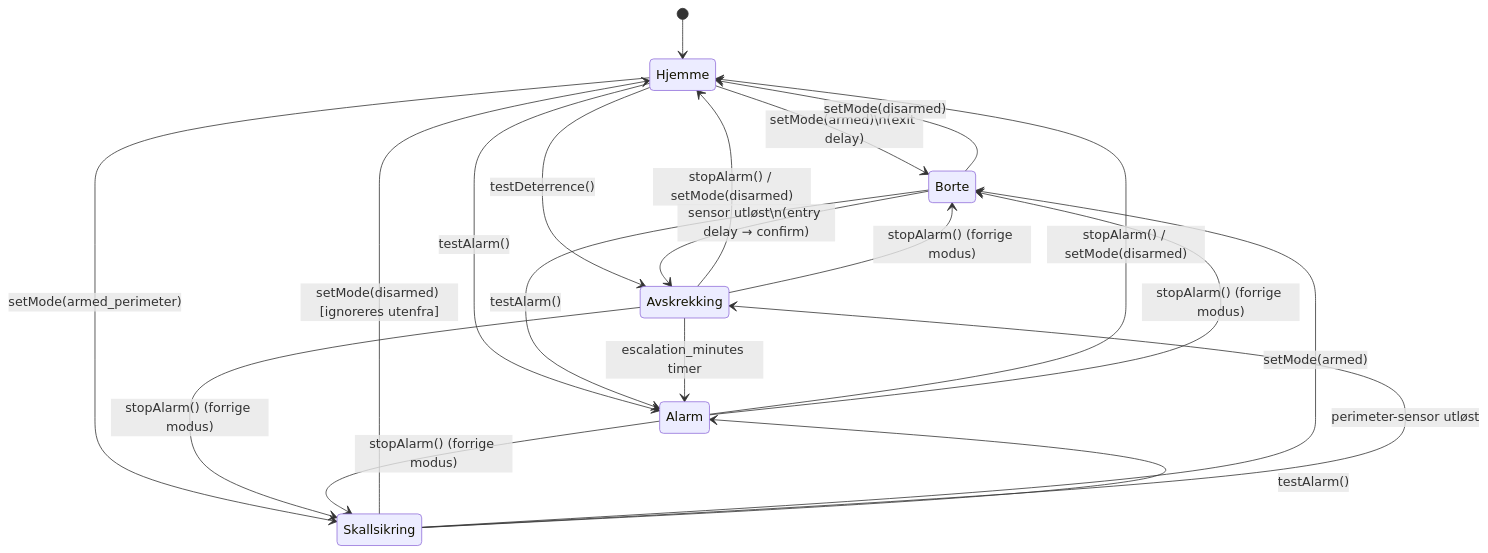
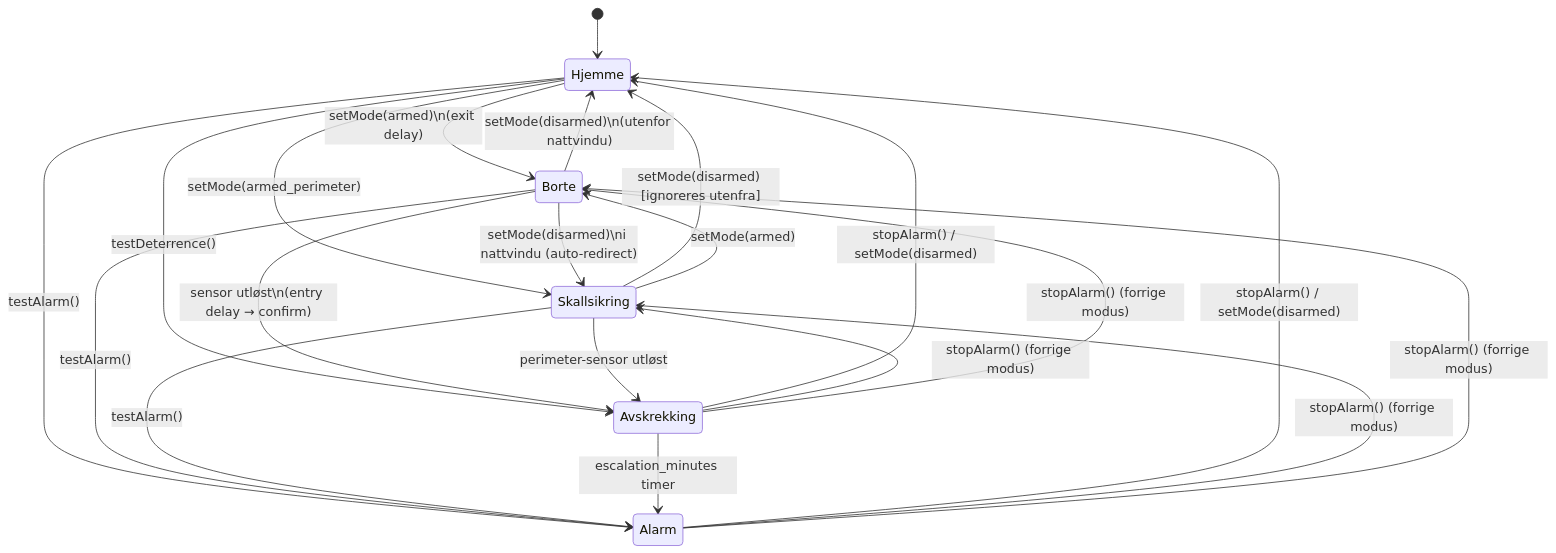
One commit to thomasekdahlN/mcallisteralarm changed the second of 5 diagrams in README.md. Above: the diagram before and after it, drawn with Mermaid. The commit also changed other lines of this file and 4 other files, not shown here.

First line of the commit message:
feat: nattvindu-redirect, sensorsnap, helsesjekk og LightAuthGuard-logging

````diff
--- a/README.md
+++ b/README.md
@@ -98,27 +98,28 @@
 ```mermaid
 stateDiagram-v2
   [*] --> Hjemme
 
   Hjemme --> Borte: setMode(armed)\n(exit delay)
   Hjemme --> Skallsikring: setMode(armed_perimeter)
   Hjemme --> Avskrekking: testDeterrence()
   Hjemme --> Alarm: testAlarm()
 
-  Borte --> Hjemme: setMode(disarmed)
+  Borte --> Hjemme: setMode(disarmed)\n(utenfor nattvindu)
+  Borte --> Skallsikring: setMode(disarmed)\ni nattvindu (auto-redirect)
   Borte --> Avskrekking: sensor utløst\n(entry delay → confirm)
   Borte --> Alarm: testAlarm()
 
   Skallsikring --> Hjemme: setMode(disarmed) [ignoreres utenfra]
   Skallsikring --> Borte: setMode(armed)
   Skallsikring --> Avskrekking: perimeter-sensor utløst
   Skallsikring --> Alarm: testAlarm()
 
   Avskrekking --> Alarm: escalation_minutes timer
   Avskrekking --> Hjemme: stopAlarm() / setMode(disarmed)
   Avskrekking --> Skallsikring: stopAlarm() (forrige modus)
   Avskrekking --> Borte: stopAlarm() (forrige modus)
 
   Alarm --> Hjemme: stopAlarm() / setMode(disarmed)
   Alarm --> Skallsikring: stopAlarm() (forrige modus)
   Alarm --> Borte: stopAlarm() (forrige modus)
 ```
````
